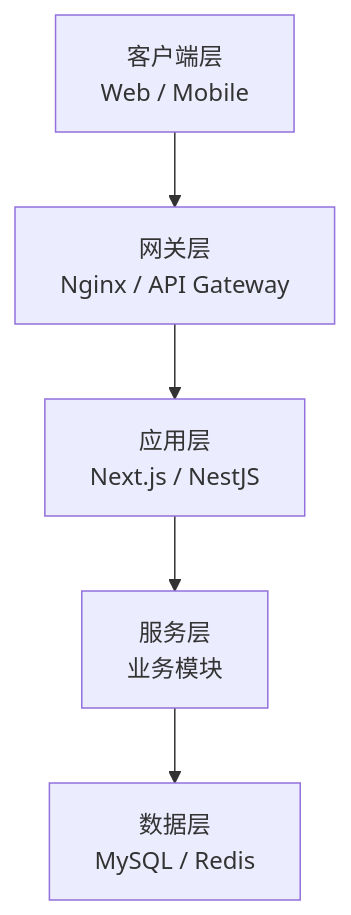
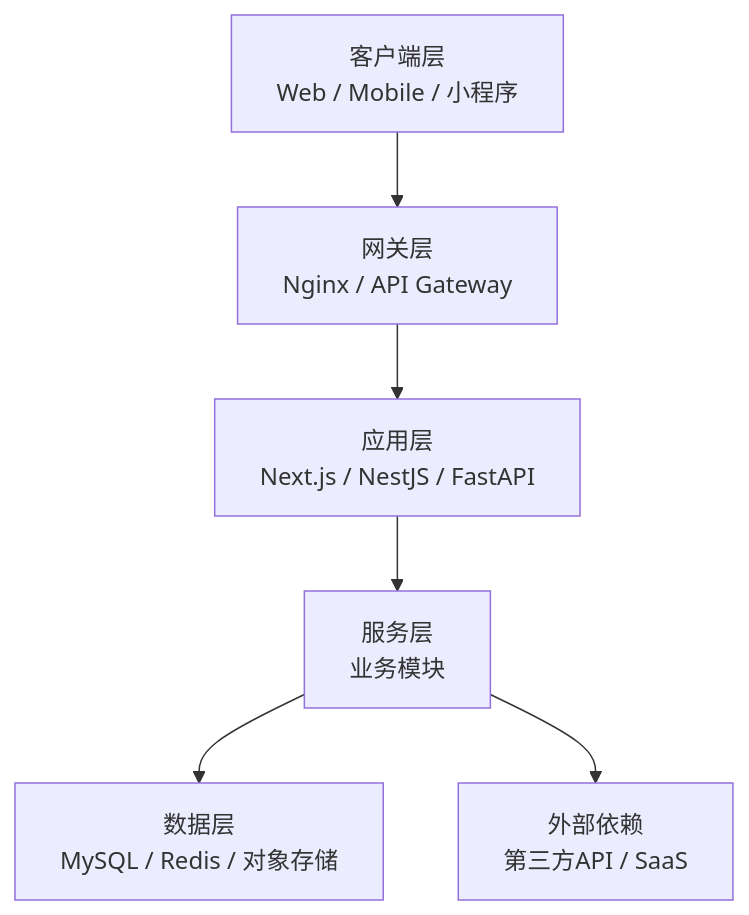
Before and after one commit to quanyu-ai/skills-repos: the first of 2 diagrams in solution-design/templates/solution-structure/architecture/overview.md, drawn with Mermaid. The commit also changed other lines of this file and 17 other files, not shown here.

````diff
--- a/solution-design/templates/solution-structure/architecture/overview.md
+++ b/solution-design/templates/solution-structure/architecture/overview.md
@@ -11,10 +15,12 @@
 ```mermaid
 graph TB
-    Client[客户端层<br/>Web / Mobile]
+    Client[客户端层<br/>Web / Mobile / 小程序]
     Gateway[网关层<br/>Nginx / API Gateway]
-    App[应用层<br/>Next.js / NestJS]
+    App[应用层<br/>Next.js / NestJS / FastAPI]
     Service[服务层<br/>业务模块]
-    Data[数据层<br/>MySQL / Redis]
+    Data[数据层<br/>MySQL / Redis / 对象存储]
+    External[外部依赖<br/>第三方API / SaaS]
 
     Client --> Gateway --> App --> Service --> Data
+    Service --> External
 ```
````
